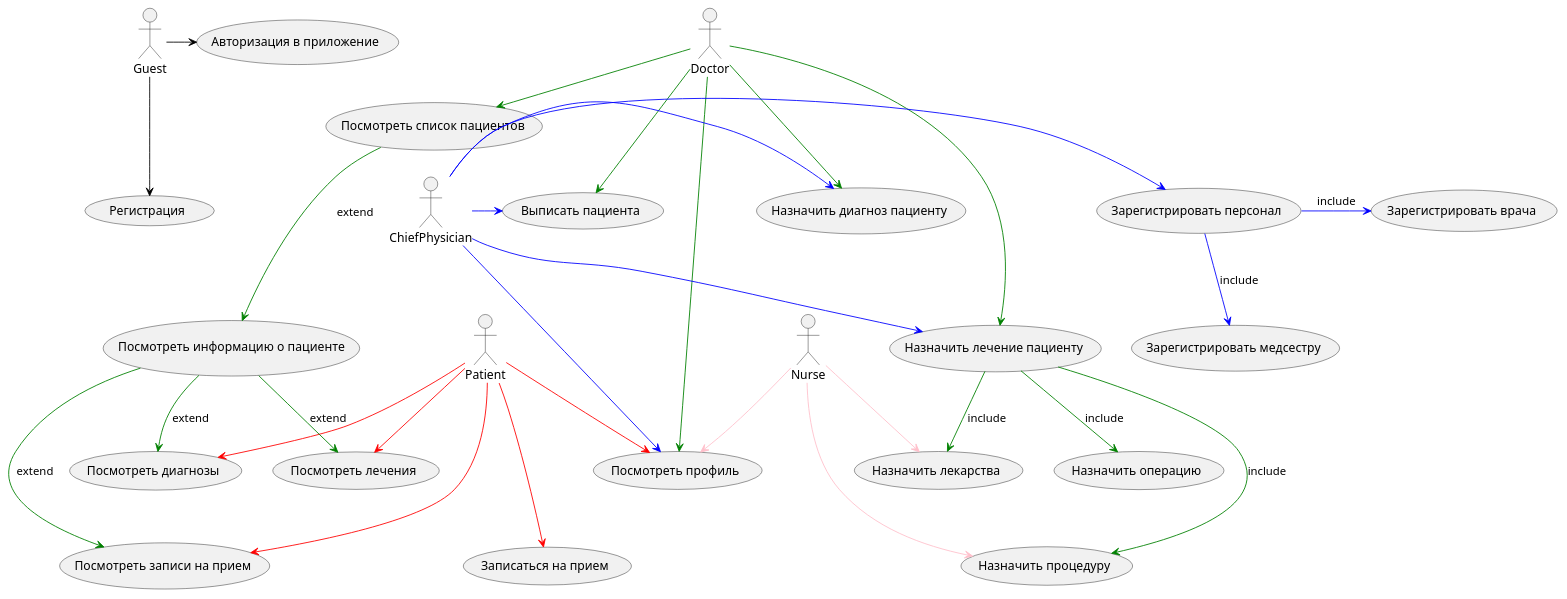
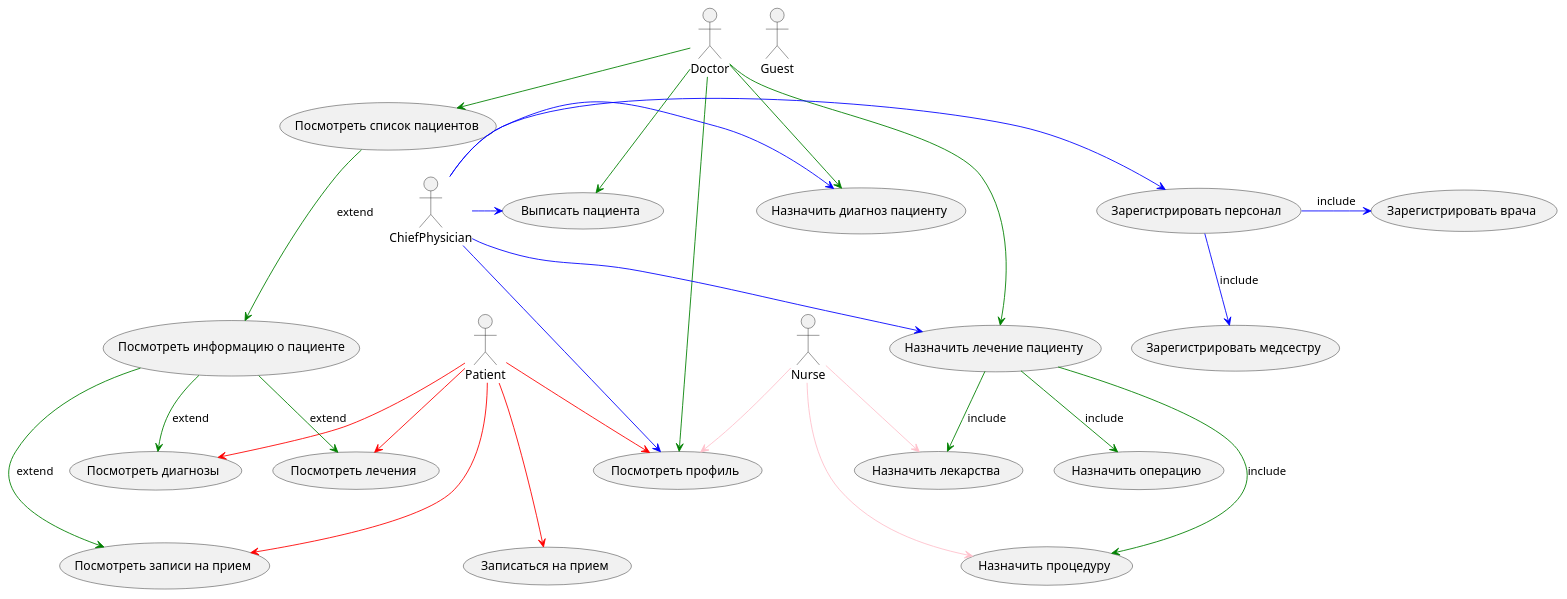
The diagram in Hospital/uml/diagram.puml (KuzyaCat/EPAM_JAVA_PROJECT), drawn with PlantUML before and after one commit.

Commit message:
remove: Guest

```diff
--- a/Hospital/uml/diagram.puml
+++ b/Hospital/uml/diagram.puml
@@ -1,43 +1,40 @@
 @startuml
 actor Guest
 actor Patient
 actor Doctor
 actor Nurse
 actor ChiefPhysician
-
-Guest --[#black]> (Регистрация)
-Guest -[#black]> (Авторизация в приложение)
 
 Patient ---[#red]> (Посмотреть записи на прием)
 Patient --[#red]> (Посмотреть лечения)
 Patient --[#red]> (Посмотреть диагнозы)
 Patient --[#red]> (Посмотреть профиль)
 Patient ---[#red]> (Записаться на прием)
 
 Doctor -[#green]> (Посмотреть список пациентов)
 (Посмотреть список пациентов) -[#green]> (Посмотреть информацию о пациенте): extend
 (Посмотреть информацию о пациенте) --[#green]> (Посмотреть записи на прием): extend
 (Посмотреть информацию о пациенте) --[#green]> (Посмотреть лечения): extend
 (Посмотреть информацию о пациенте) --[#green]> (Посмотреть диагнозы): extend
 Doctor -[#green]> (Посмотреть профиль)
 Doctor --[#green]> (Назначить диагноз пациенту)
 Doctor ---[#green]> (Назначить лечение пациенту)
 (Назначить лечение пациенту) ---[#green]> (Назначить процедуру): include
 (Назначить лечение пациенту) --[#green]> (Назначить лекарства): include
 (Назначить лечение пациенту) --[#green]> (Назначить операцию): include
 Doctor --[#green]> (Выписать пациента)
 
 Nurse --[#pink]> (Посмотреть профиль)
 Nurse --[#pink]> (Назначить процедуру)
 Nurse --[#pink]> (Назначить лекарства)
 
 ChiefPhysician -[#blue]> (Зарегистрировать персонал)
 (Зарегистрировать персонал) -[#blue]> (Зарегистрировать врача): include
 (Зарегистрировать персонал) --[#blue]> (Зарегистрировать медсестру): include
 ChiefPhysician -[#blue]> (Выписать пациента)
 ChiefPhysician -[#blue]> (Назначить диагноз пациенту)
 ChiefPhysician ---[#blue]> (Посмотреть профиль)
 ChiefPhysician -[#blue]> (Назначить лечение пациенту)
 
 
 @enduml
```
